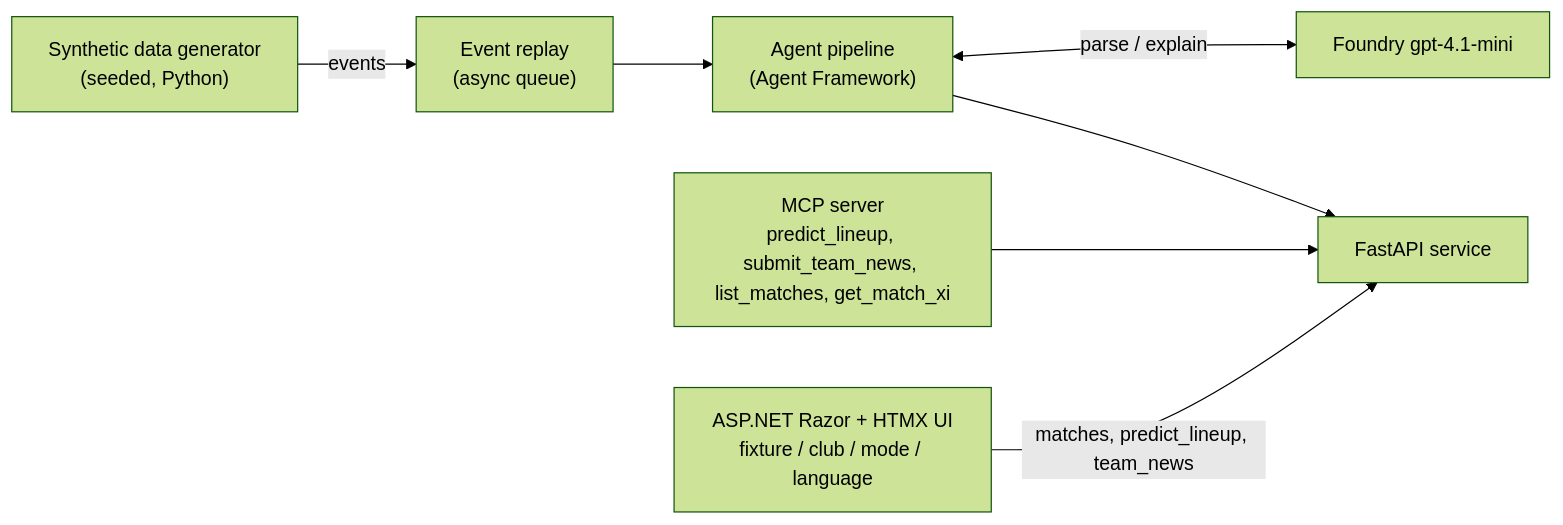
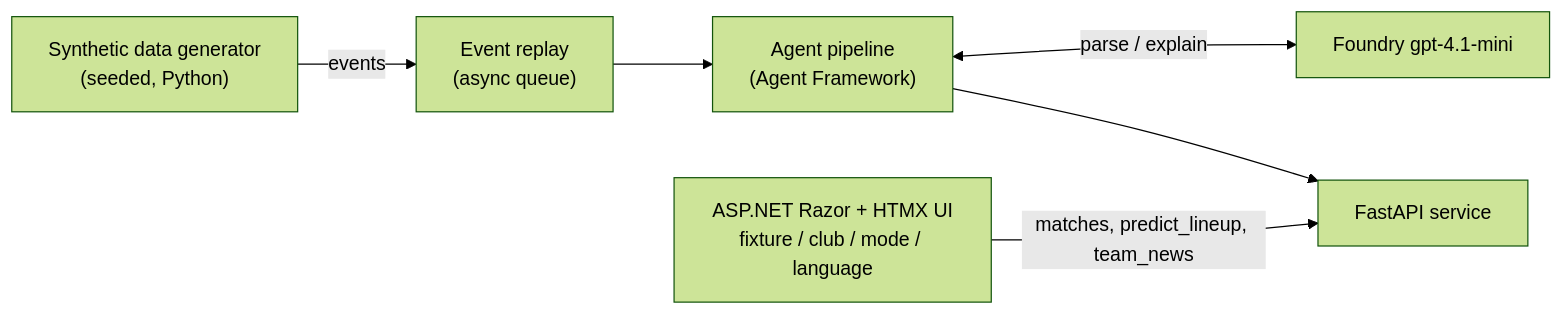
Before and after one commit to ewyuen/lineup-oracle: the first of 3 diagrams in ARCHITECTURE.md, drawn with Mermaid (forest theme). The commit also changed other lines of this file and 10 other files, not shown here.

````diff
--- a/ARCHITECTURE.md
+++ b/ARCHITECTURE.md
@@ -11,9 +11,8 @@
 ```mermaid
 flowchart LR
     Gen["Synthetic data generator<br/>(seeded, Python)"] -->|events| Replay["Event replay<br/>(async queue)"]
     Replay --> Pipe["Agent pipeline<br/>(Agent Framework)"]
     Pipe <-->|parse / explain| LLM["Foundry gpt-4.1-mini"]
     Pipe --> API["FastAPI service"]
-    MCP["MCP server<br/>predict_lineup, submit_team_news, list_matches, get_match_xi"] --> API
     UI["ASP.NET Razor + HTMX UI<br/>fixture / club / mode / language"] -->|matches, predict_lineup, team_news| API
 ```
````
